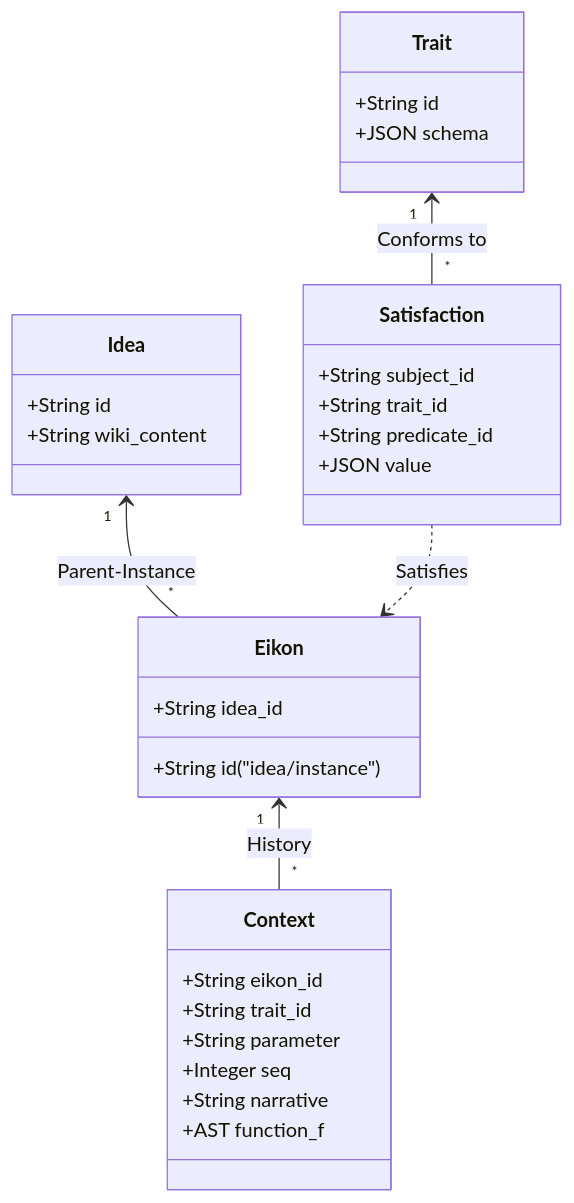
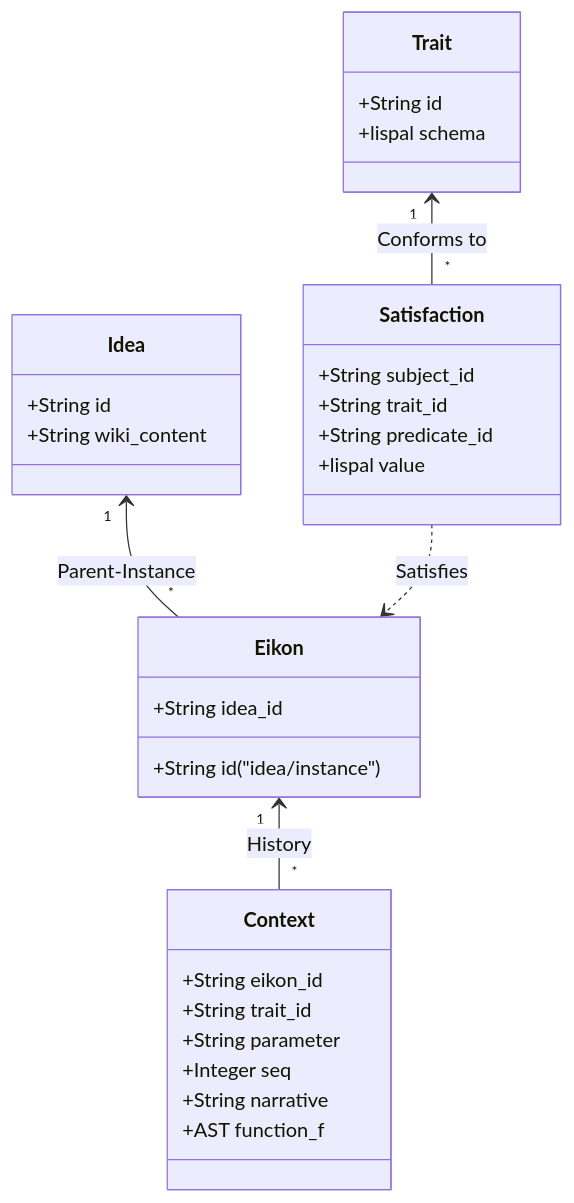
The second of 2 diagrams in README.md (alex-world-expression/alex-protocol), drawn with Mermaid before and after one commit. The commit also changed other lines of this file, not shown here.

````diff
--- a/README.md
+++ b/README.md
@@ -37,39 +37,39 @@
 ```mermaid
 classDiagram
 
 class Idea {
   +String id
   +String wiki_content
 }
 
 class Eikon {
   +String id ("idea/instance")
   +String idea_id
 }
 
 class Trait {
   +String id
-  +JSON schema
+  +lispal schema
 }
 
 class Satisfaction {
   +String subject_id
   +String trait_id
   +String predicate_id
-  +JSON value
+  +lispal value
 }
 
 class Context {
   +String eikon_id
   +String trait_id
   +String parameter
   +Integer seq
   +String narrative
   +AST function_f
 }
 
 Idea "1" <-- "*" Eikon : Parent-Instance
 Eikon "1" <-- "*" Context : History
 Trait "1" <-- "*" Satisfaction : Conforms to
 Satisfaction ..> Eikon : Satisfies
 ```
````
